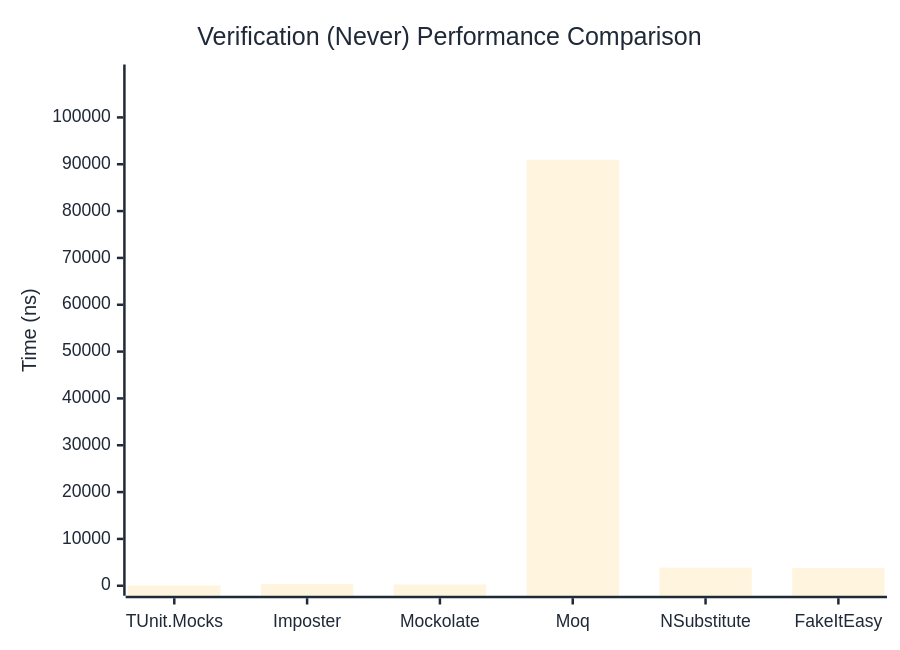
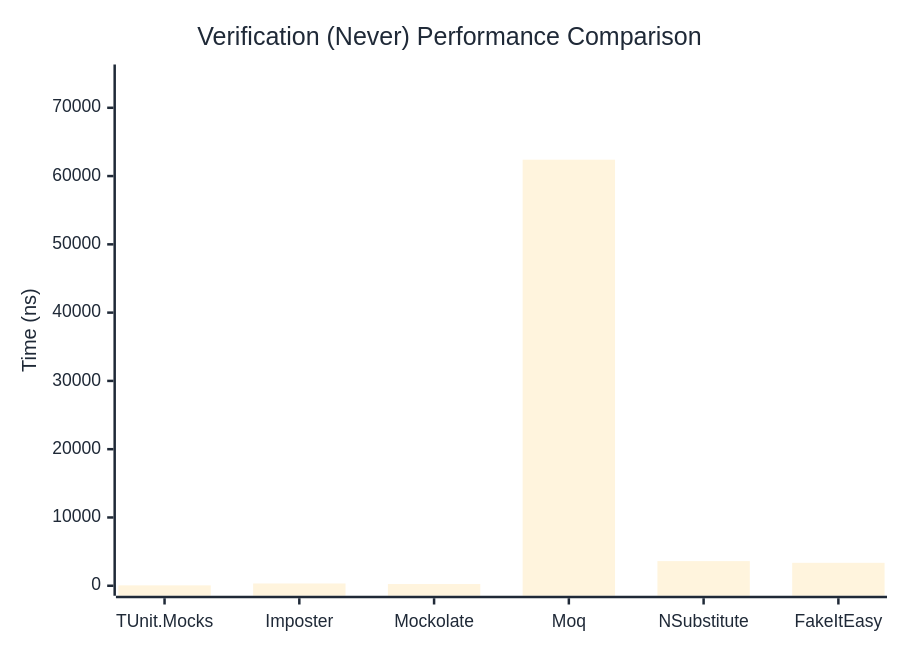
The second of 3 diagrams in docs/docs/benchmarks/mocks/Verification.md (thomhurst/TUnit), drawn with Mermaid before and after one commit. The commit also changed other lines of this file and 14 other files, not shown here.

````diff
--- a/docs/docs/benchmarks/mocks/Verification.md
+++ b/docs/docs/benchmarks/mocks/Verification.md
@@ -71,27 +71,27 @@
 ```mermaid
 %%{init: {
   'theme':'base',
   'themeVariables': {
     'primaryColor': '#2563eb',
     'primaryTextColor': '#1f2937',
     'primaryBorderColor': '#1e40af',
     'lineColor': '#6b7280',
     'secondaryColor': '#7c3aed',
     'tertiaryColor': '#dc2626',
     'background': '#ffffff',
     'pie1': '#2563eb',
     'pie2': '#7c3aed',
     'pie3': '#dc2626',
     'pie4': '#f59e0b',
     'pie5': '#10b981',
     'pie6': '#06b6d4',
     'pie7': '#ec4899',
     'pie8': '#6366f1'
   }
 }}%%
 xychart-beta
   title "Verification (Never) Performance Comparison"
   x-axis ["TUnit.Mocks", "Imposter", "Mockolate", "Moq", "NSubstitute", "FakeItEasy"]
-  y-axis "Time (ns)" 0 --> 109165
-  bar [62.53, 383.58, 258.6, 90970.4, 3865.43, 3774.42]
+  y-axis "Time (ns)" 0 --> 74875
+  bar [56.37, 332.65, 249.9, 62395.28, 3608.01, 3358.47]
 ```
````
